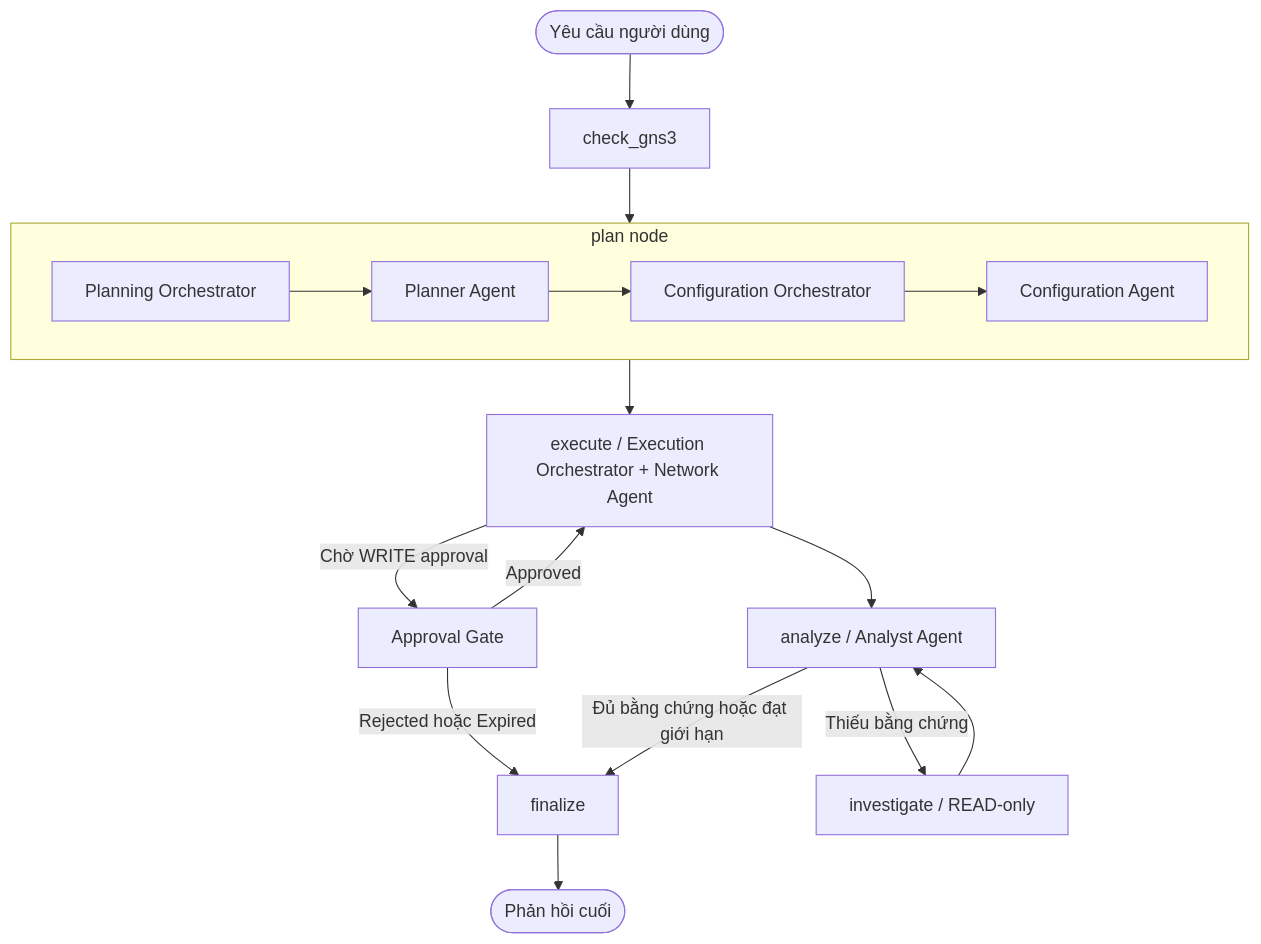
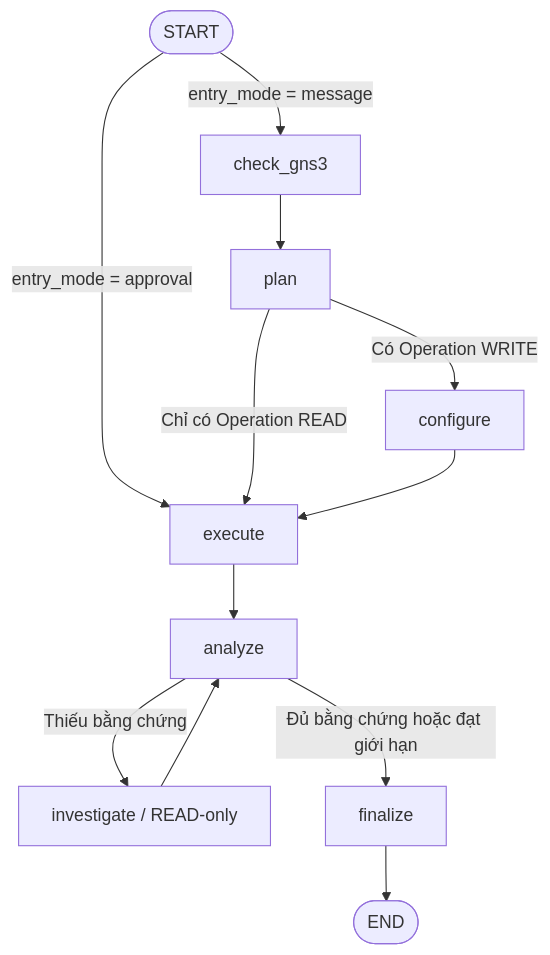
One commit to mujin0422/network-multi-agent-system-backend changed the third of 11 diagrams in docs/reports/report-end-of-term.md. Above: the diagram before and after it, drawn with Mermaid. The commit also changed other lines of this file, not shown here.

Commit message:
docs(report): align architecture with implemented workflow

````diff
--- a/docs/reports/report-end-of-term.md
+++ b/docs/reports/report-end-of-term.md
@@ -885,20 +911,14 @@
 ```mermaid
 flowchart TD
-    START([Yêu cầu người dùng]) --> CHECK[check_gns3]
-    subgraph PLAN_NODE["plan node"]
-        direction LR
-        PLAN_ORCH[Planning Orchestrator] --> PLANNER[Planner Agent]
-        PLANNER --> CONFIG_ORCH[Configuration Orchestrator]
-        CONFIG_ORCH --> CONFIG_AGENT[Configuration Agent]
-    end
-    CHECK --> PLAN_ORCH
-    CONFIG_AGENT --> EXEC[execute / Execution Orchestrator + Network Agent]
-    EXEC -->|Chờ WRITE approval| WAIT[Approval Gate]
-    WAIT -->|Approved| EXEC
-    WAIT -->|Rejected hoặc Expired| FINAL[finalize]
-    EXEC --> ANALYZE[analyze / Analyst Agent]
+    START([START]) -->|entry_mode = message| CHECK[check_gns3]
+    START -->|entry_mode = approval| EXEC[execute]
+    CHECK --> PLAN[plan]
+    PLAN -->|Có Operation WRITE| CONFIGURE[configure]
+    PLAN -->|Chỉ có Operation READ| EXEC
+    CONFIGURE --> EXEC
+    EXEC --> ANALYZE[analyze]
     ANALYZE -->|Thiếu bằng chứng| INVESTIGATE[investigate / READ-only]
     INVESTIGATE --> ANALYZE
-    ANALYZE -->|Đủ bằng chứng hoặc đạt giới hạn| FINAL
-    FINAL --> END([Phản hồi cuối])
+    ANALYZE -->|Đủ bằng chứng hoặc đạt giới hạn| FINAL[finalize]
+    FINAL --> END([END])
 ```
````
